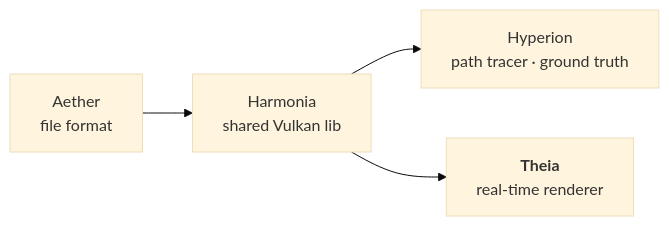
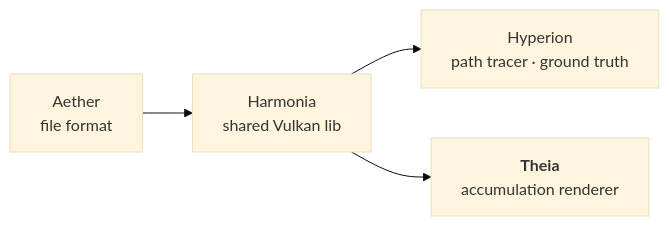
Before and after one commit to McNopper/Theia: the diagram in README.md, drawn with Mermaid (base theme). The commit also changed other lines of this file and 2 other files, not shown here.

Commit message:
chore: v0.6.14 — accumulation-renderer positioning + slang-math v0.2.0 pins

````diff
--- a/README.md
+++ b/README.md
@@ -135,6 +135,6 @@
 ```mermaid
 flowchart LR
     A["Aether<br/>file format"] --> H["Harmonia<br/>shared Vulkan lib"]
     H --> Hy["Hyperion<br/>path tracer · ground truth"]
-    H --> T["<b>Theia</b><br/>real-time renderer"]
+    H --> T["<b>Theia</b><br/>accumulation renderer"]
 ```
````
